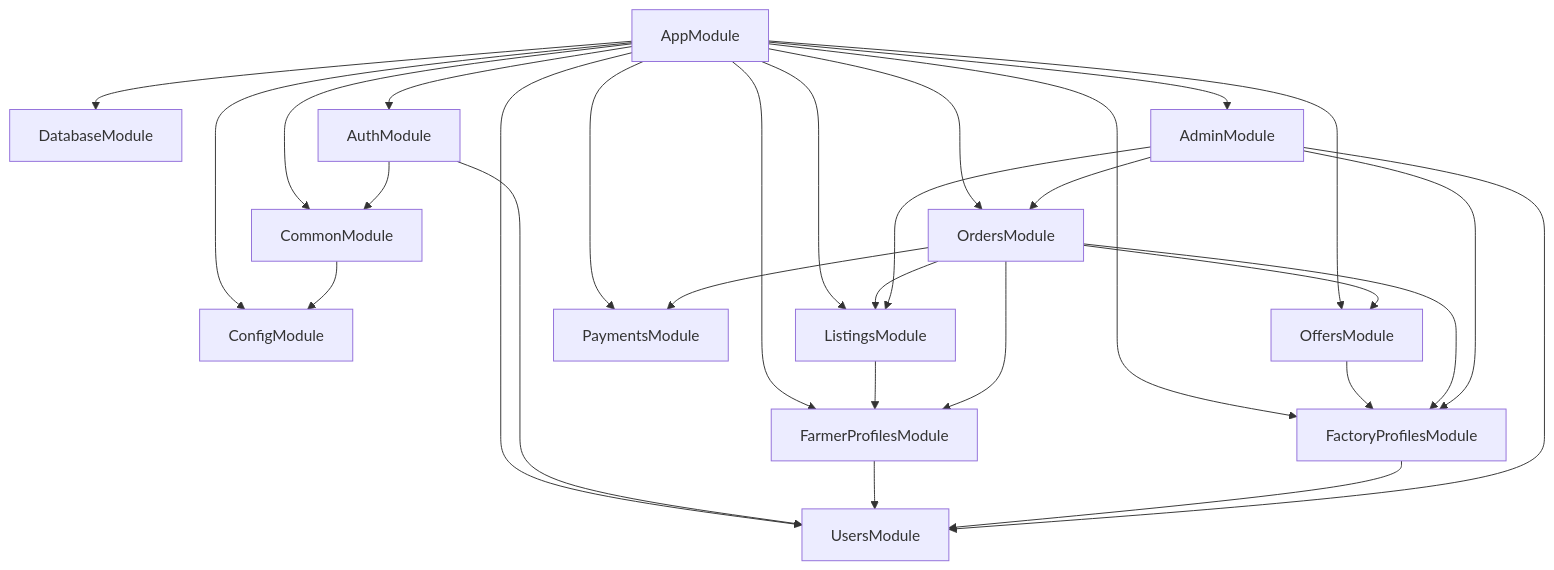
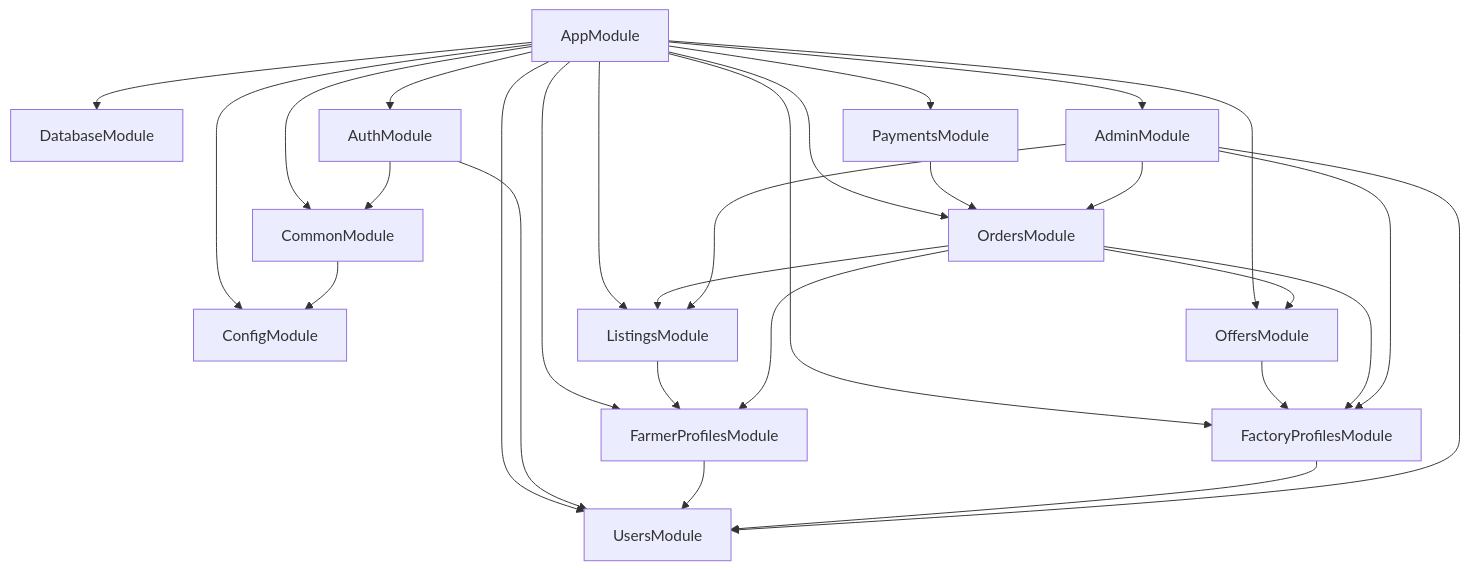
One commit to arafathossenapon/ChaBondhu changed the second of 5 diagrams in docs/architecture.md. Above: the diagram before and after it, drawn with Mermaid. The commit also changed other lines of this file and 29 other files, not shown here.

````diff
--- a/docs/architecture.md
+++ b/docs/architecture.md
@@ -126,37 +126,37 @@
 ```mermaid
 flowchart TD
     AppModule --> ConfigModule
     AppModule --> DatabaseModule
     AppModule --> CommonModule
     AppModule --> AuthModule
     AppModule --> UsersModule
     AppModule --> FarmerProfilesModule
     AppModule --> ListingsModule
     AppModule --> FactoryProfilesModule
     AppModule --> OffersModule
     AppModule --> OrdersModule
     AppModule --> PaymentsModule
     AppModule --> AdminModule
 
     AuthModule --> UsersModule
     AuthModule --> CommonModule
 
     FarmerProfilesModule --> UsersModule
     FactoryProfilesModule --> UsersModule
 
     ListingsModule --> FarmerProfilesModule
     OffersModule --> FactoryProfilesModule
 
     OrdersModule --> ListingsModule
     OrdersModule --> OffersModule
     OrdersModule --> FarmerProfilesModule
     OrdersModule --> FactoryProfilesModule
-    OrdersModule --> PaymentsModule
+    PaymentsModule --> OrdersModule
 
     AdminModule --> UsersModule
     AdminModule --> ListingsModule
     AdminModule --> OrdersModule
     AdminModule --> FactoryProfilesModule
 
     CommonModule --> ConfigModule
 ```
````
